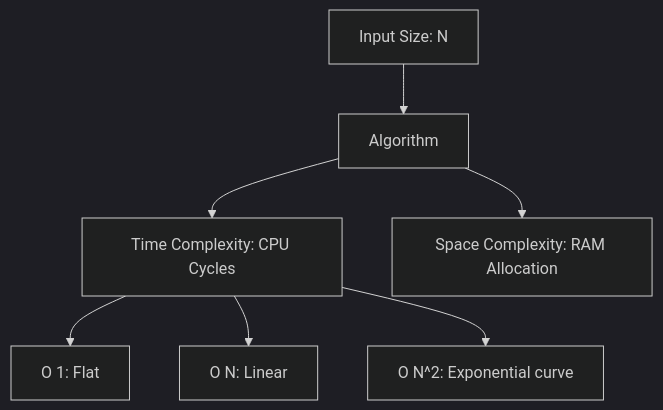
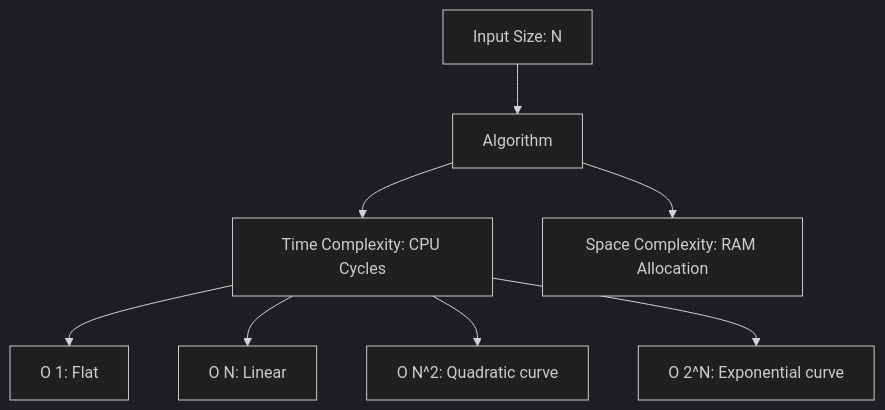
Before and after one commit to swarnsingh/android-staff-engineer-playbook-website: the diagram in engineering-fundamentals/complexity-analysis.md, drawn with Mermaid (dark theme). The commit also changed other lines of this file and 3 other files, not shown here.

````diff
--- a/engineering-fundamentals/complexity-analysis.md
+++ b/engineering-fundamentals/complexity-analysis.md
@@ -61,10 +63,11 @@
 ```mermaid
 graph TD
     InputSize[Input Size: N] --> Process[Algorithm]
     Process --> Time[Time Complexity: CPU Cycles]
     Process --> Space[Space Complexity: RAM Allocation]
     
     Time --> O1[O 1: Flat]
     Time --> ON[O N: Linear]
-    Time --> ON2[O N^2: Exponential curve]
+    Time --> ON2[O N^2: Quadratic curve]
+    Time --> OEXP[O 2^N: Exponential curve]
 ```
````
